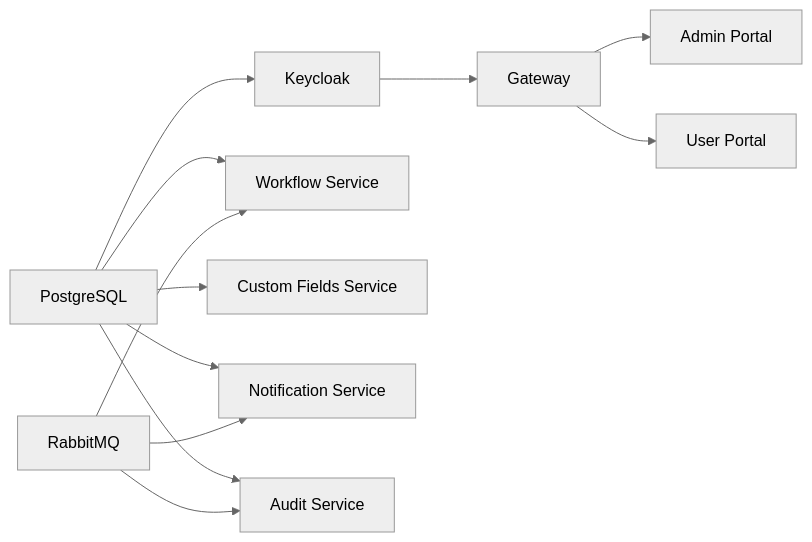
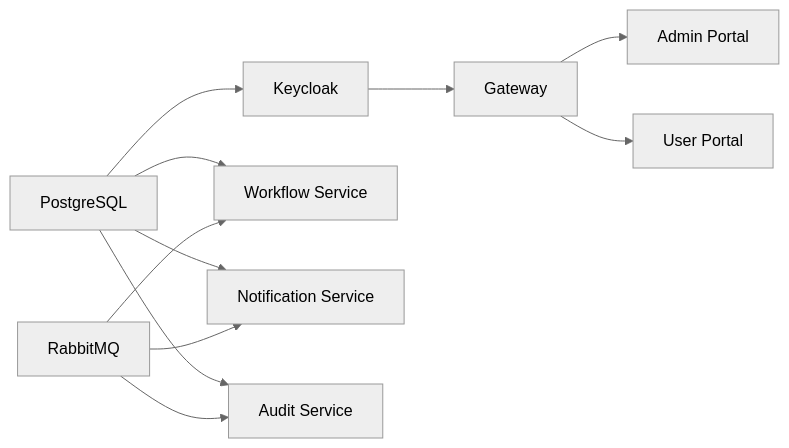
Before and after one commit to mszalus/workflow-platform: the second of 6 diagrams in docs/architecture/c4-deployment.md, drawn with Mermaid (neutral theme). The commit also changed other lines of this file and 55 other files, not shown here.

First line of the commit message:
feat(workflow): fold custom-fields-service into workflow-service

````diff
--- a/docs/architecture/c4-deployment.md
+++ b/docs/architecture/c4-deployment.md
@@ -47,14 +45,13 @@
 ```mermaid
 flowchart LR
     PG[PostgreSQL] --> KC[Keycloak]
     PG --> WF[Workflow Service]
-    PG --> CF[Custom Fields Service]
     PG --> NS[Notification Service]
     PG --> AS[Audit Service]
     RMQ[RabbitMQ] --> WF
     RMQ --> NS
     RMQ --> AS
     KC --> GW[Gateway]
     GW --> AP[Admin Portal]
     GW --> UP[User Portal]
 ```
````
